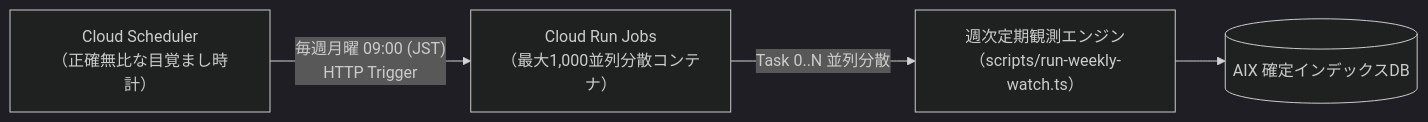
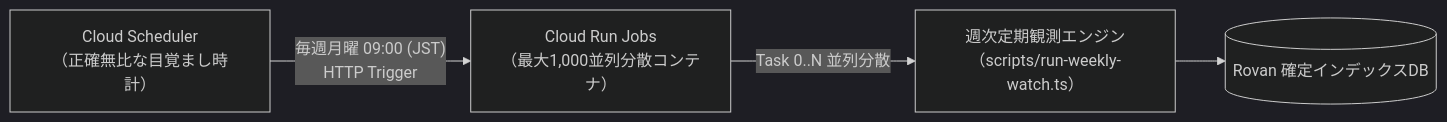
Before and after one commit to salve-de/AIX-next: the fourth of 4 diagrams in docs/PROJECT_MASTER_HISTORY_AND_STRATEGY.md, drawn with Mermaid (dark theme). The commit also changed other lines of this file and 80 other files, not shown here.

````diff
--- a/docs/PROJECT_MASTER_HISTORY_AND_STRATEGY.md
+++ b/docs/PROJECT_MASTER_HISTORY_AND_STRATEGY.md
@@ -923,6 +925,6 @@
 ```mermaid
 flowchart LR
     CS["Cloud Scheduler<br>（正確無比な目覚まし時計）"] -->|"毎週月曜 09:00 (JST)<br>HTTP Trigger"| CRJ["Cloud Run Jobs<br>（最大1,000並列分散コンテナ）"]
     CRJ -->|"Task 0..N 並列分散"| BATCH["週次定期観測エンジン<br>（scripts/run-weekly-watch.ts）"]
-    BATCH --> DB[("AIX 確定インデックスDB")]
+    BATCH --> DB[("Rovan 確定インデックスDB")]
 ```
````
